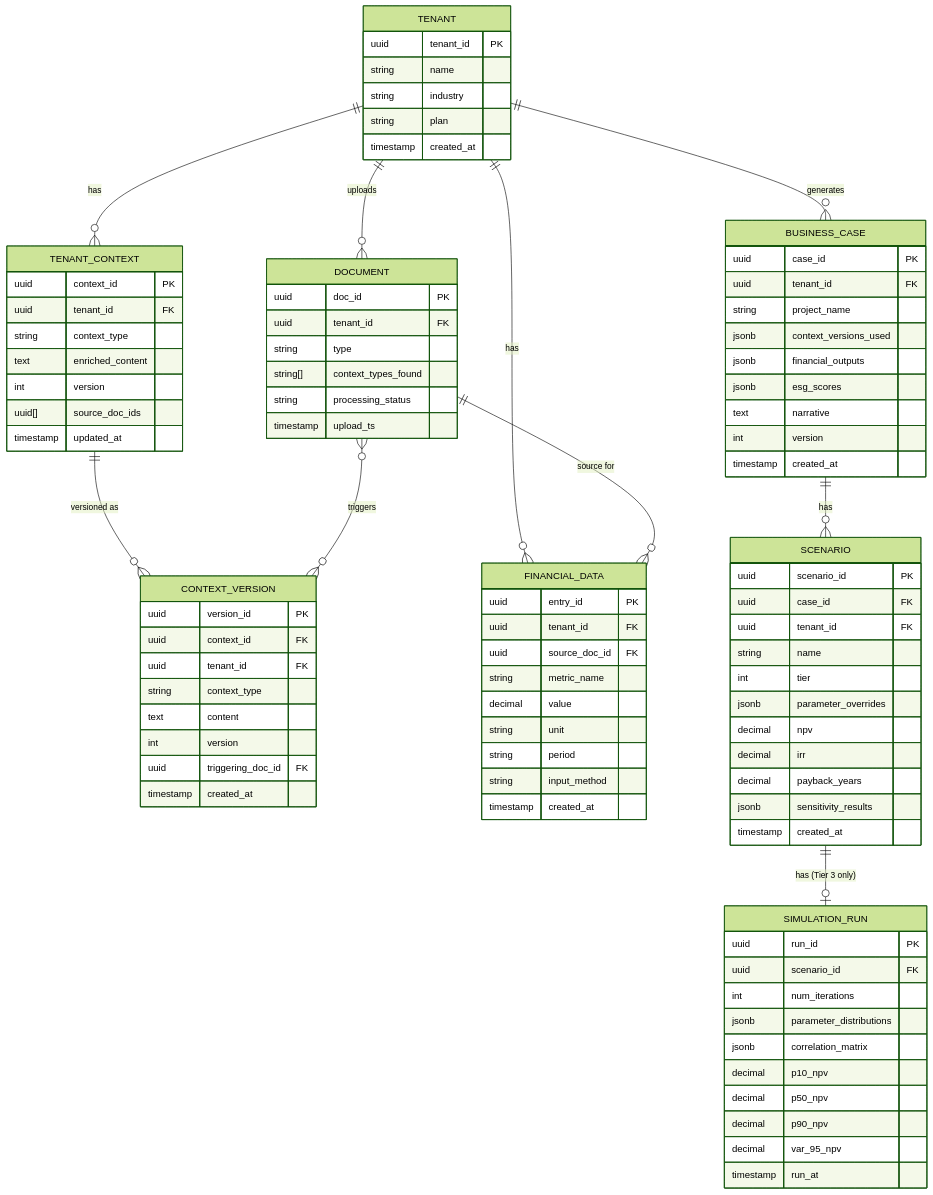
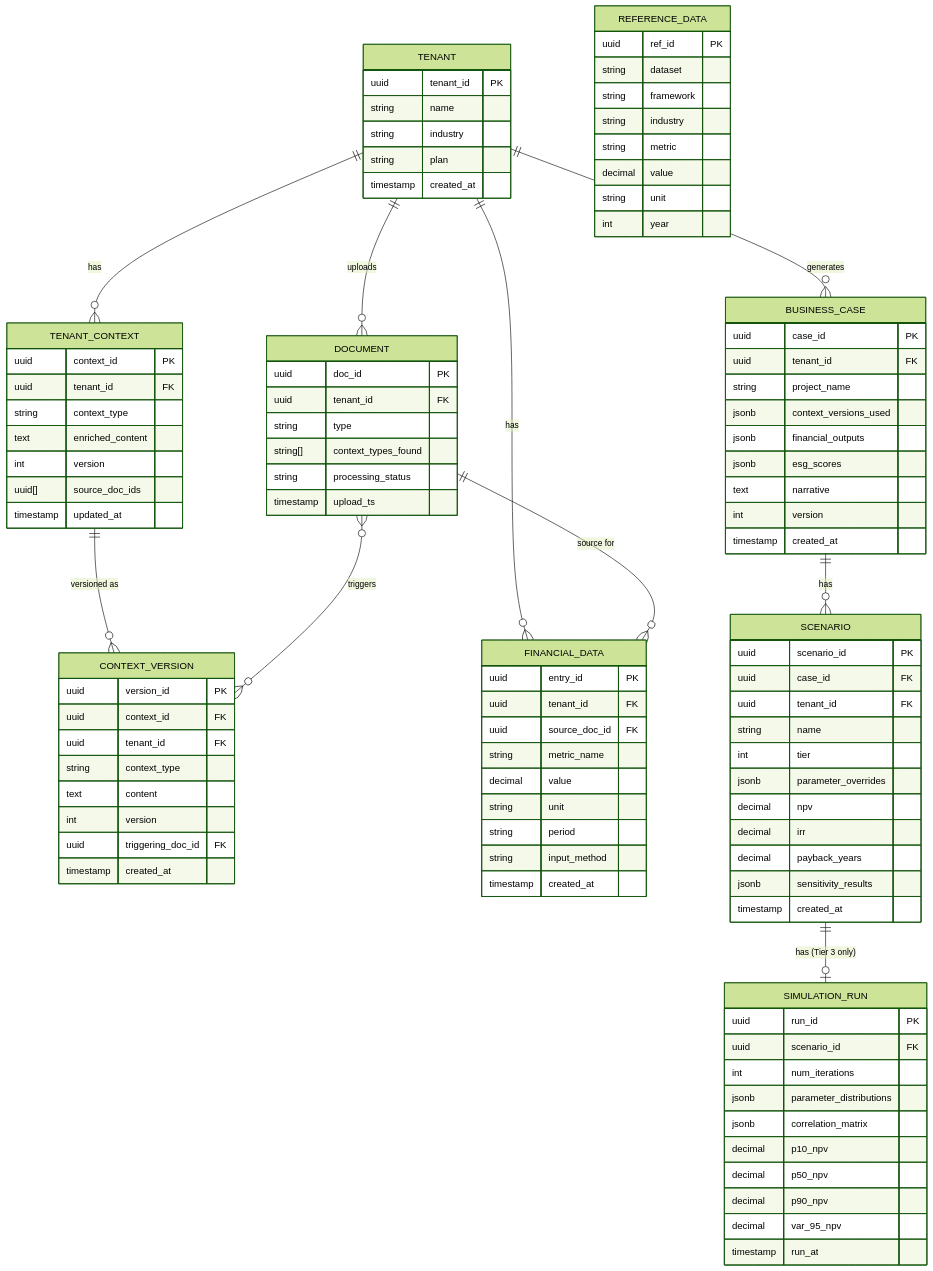
Before and after one commit to Anubhav-Singh13/Monk_Intelligence: the sixth of 6 diagrams in ESG_DATA_ARCHITECTURE.md, drawn with Mermaid (forest theme). The commit also changed other lines of this file, not shown here.

```diff
--- a/ESG_DATA_ARCHITECTURE.md
+++ b/ESG_DATA_ARCHITECTURE.md
@@ -270,6 +400,17 @@
         timestamp created_at
     }
 
+    REFERENCE_DATA {
+        uuid ref_id PK
+        string dataset
+        string framework
+        string industry
+        string metric
+        decimal value
+        string unit
+        int year
+    }
+
     BUSINESS_CASE {
         uuid case_id PK
         uuid tenant_id FK
```
